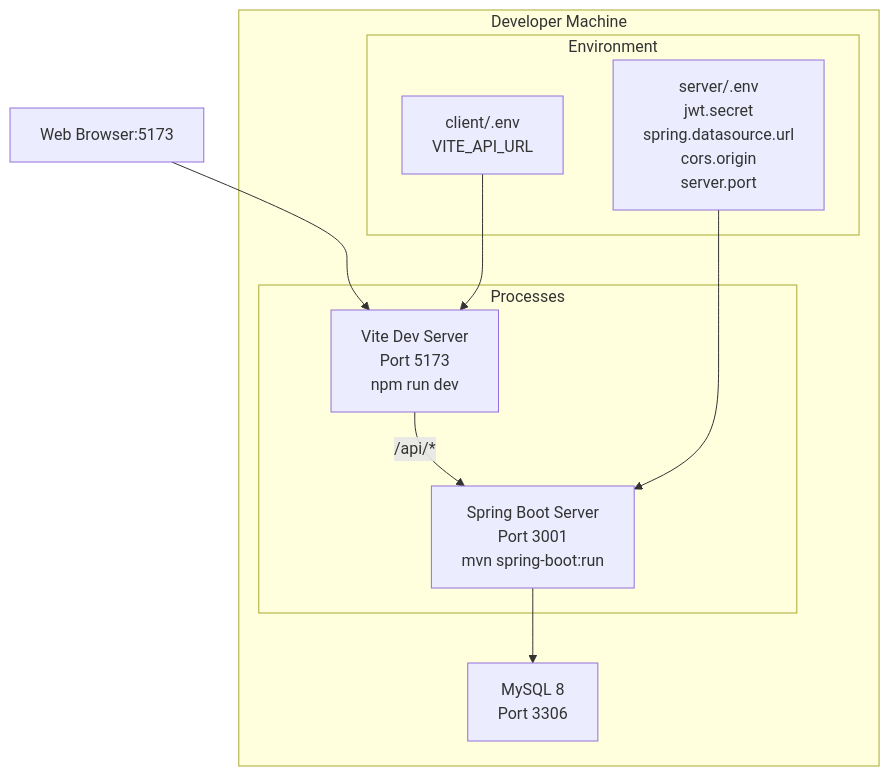
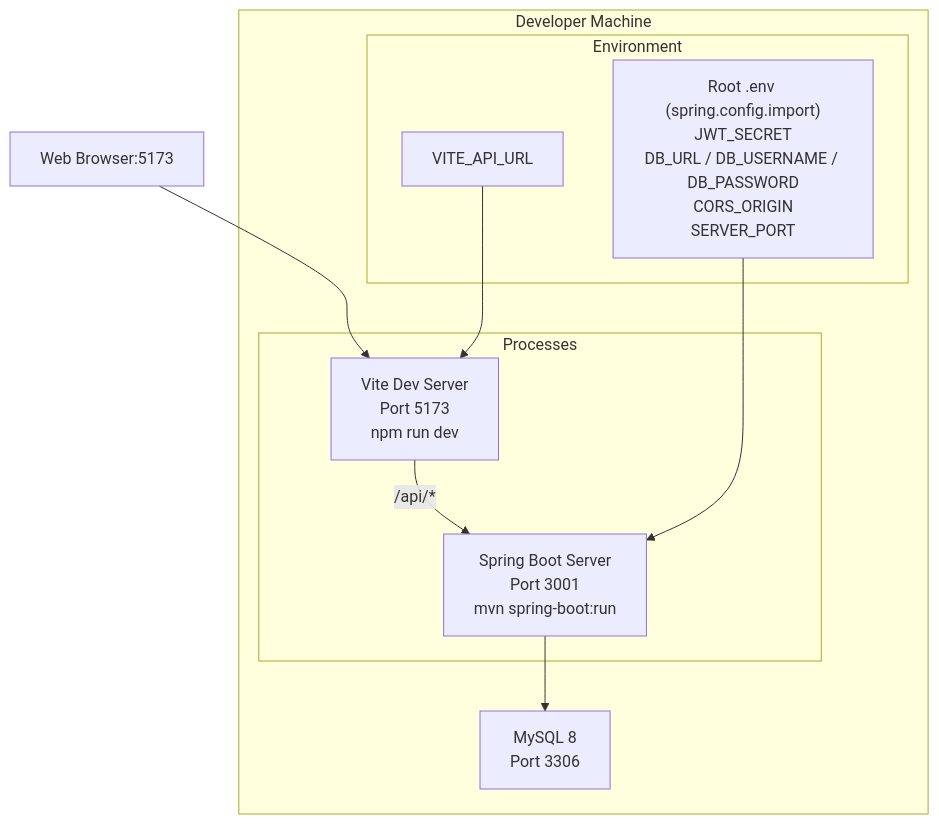
Diagram 19 of 24 in docs/SDD.md (nghiaxh/hr-management), drawn with Mermaid before and after one commit. The commit also changed other lines of this file and 8 other files, not shown here.

````diff
--- a/docs/SDD.md
+++ b/docs/SDD.md
@@ -1054,19 +1022,19 @@
 ```mermaid
 graph TB
     subgraph "Developer Machine"
         MYSQL["MySQL 8<br/>Port 3306"]
         subgraph "Processes"
             SRV["Spring Boot Server<br/>Port 3001<br/>mvn spring-boot:run"]
             CLT["Vite Dev Server<br/>Port 5173<br/>npm run dev"]
         end
         subgraph "Environment"
-            ENV["server/.env<br/>jwt.secret<br/>spring.datasource.url<br/>cors.origin<br/>server.port"]
-            CLT_ENV["client/.env<br/>VITE_API_URL"]
+            ENV["Root .env (spring.config.import)<br/>JWT_SECRET<br/>DB_URL / DB_USERNAME / DB_PASSWORD<br/>CORS_ORIGIN<br/>SERVER_PORT"]
+            CLT_ENV["VITE_API_URL"]
         end
     end
     BROWSER[Web Browser:5173] --> CLT
     CLT -->|/api/*| SRV
     SRV --> MYSQL
     ENV --> SRV
     CLT_ENV --> CLT
 ```
````
